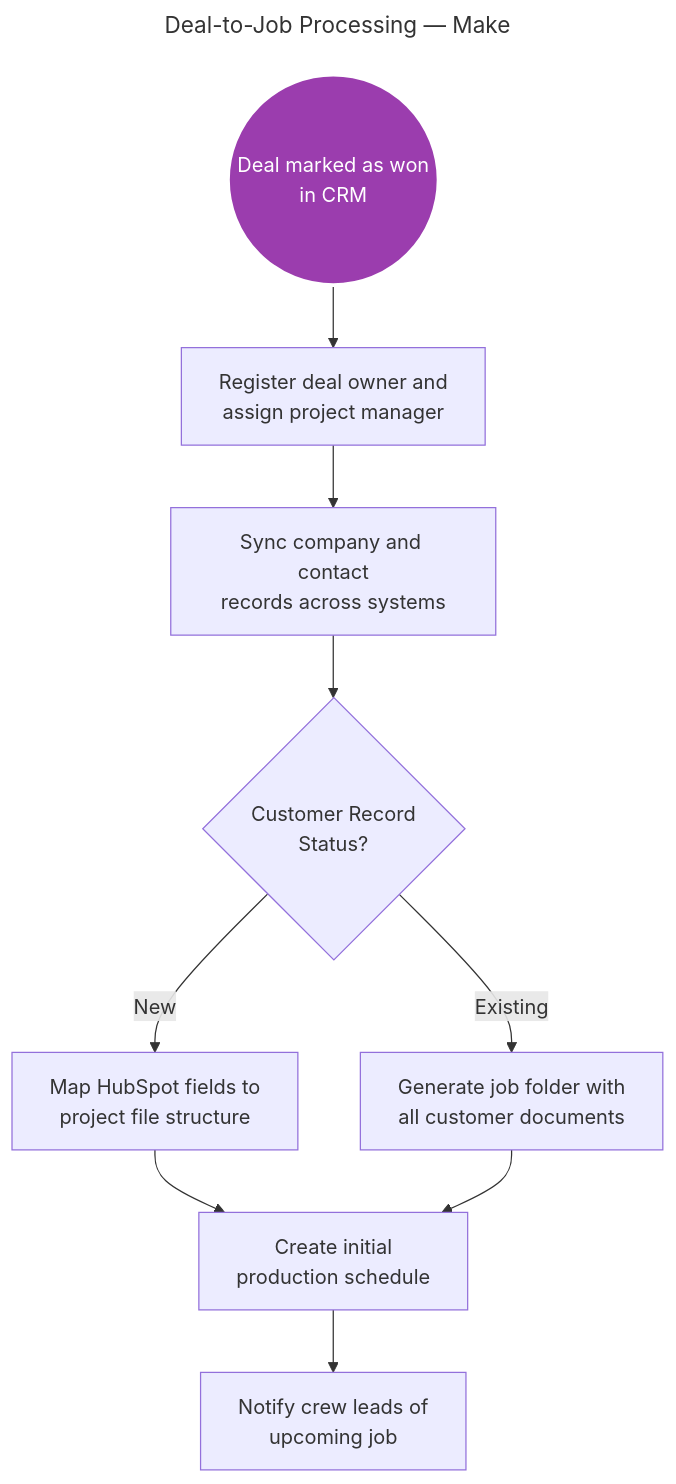
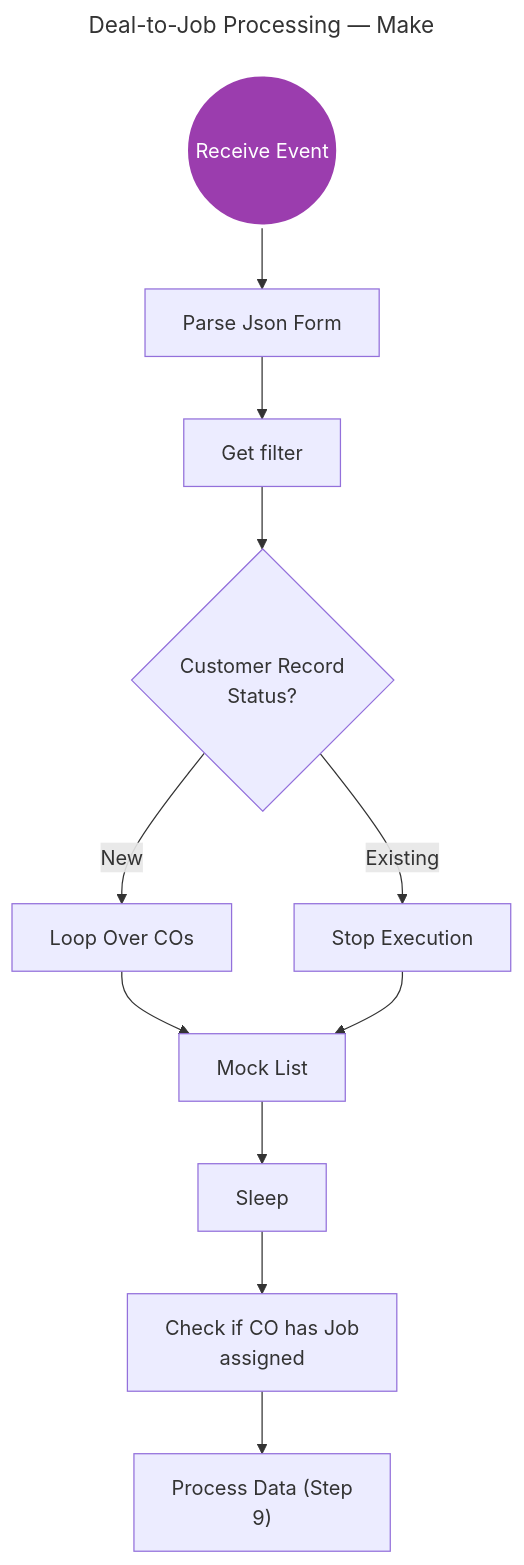
The diagram in linkedin-posts/_pipeline/mermaid/diagrams/deal-to-job-make.mmd (animaesuriens/home-service-os), drawn with Mermaid before and after one commit. The commit also changed 97 other files, not shown here.

First line of the commit message:
feat(15-02): update word count validation to 400-700, fix npm scripts, regenerate 42 diagrams

```diff
--- a/linkedin-posts/_pipeline/mermaid/diagrams/deal-to-job-make.mmd
+++ b/linkedin-posts/_pipeline/mermaid/diagrams/deal-to-job-make.mmd
@@ -1,23 +1,27 @@
 ---
 title: Deal-to-Job Processing — Make
 ---
 flowchart TD
-    A(("Deal marked as won\nin CRM")):::trigger
-    B["Register deal owner and\nassign project manager"]
-    C["Sync company and contact\nrecords across systems"]
+    A(("Receive Event")):::trigger
+    B["Parse Json Form"]
+    C["Get filter"]
     D{"Customer Record\nStatus?"}
-    E["Map HubSpot fields to\nproject file structure"]
-    F["Generate job folder with\nall customer documents"]
-    G["Create initial\nproduction schedule"]
-    H["Notify crew leads of\nupcoming job"]
+    E["Loop Over COs"]
+    F["Stop Execution"]
+    G["Mock List"]
+    H["Sleep"]
+    I["Check if CO has Job\nassigned"]
+    J["Process Data (Step\n9)"]
 
     A --> B
     B --> C
     C --> D
     D -->|New| E
     D -->|Existing| F
     E --> G
     F --> G
     G --> H
+    H --> I
+    I --> J
 
     classDef trigger fill:#9b3dae,stroke:#fff,stroke-width:3px,color:#fff
```
